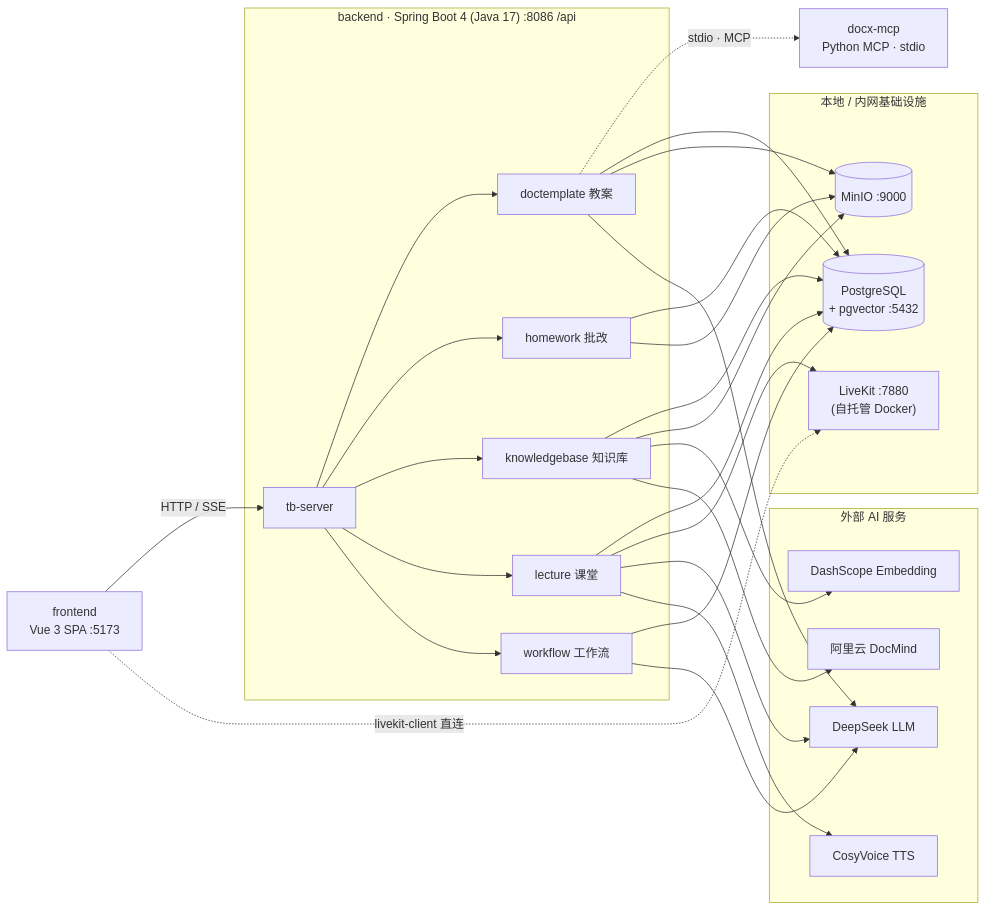
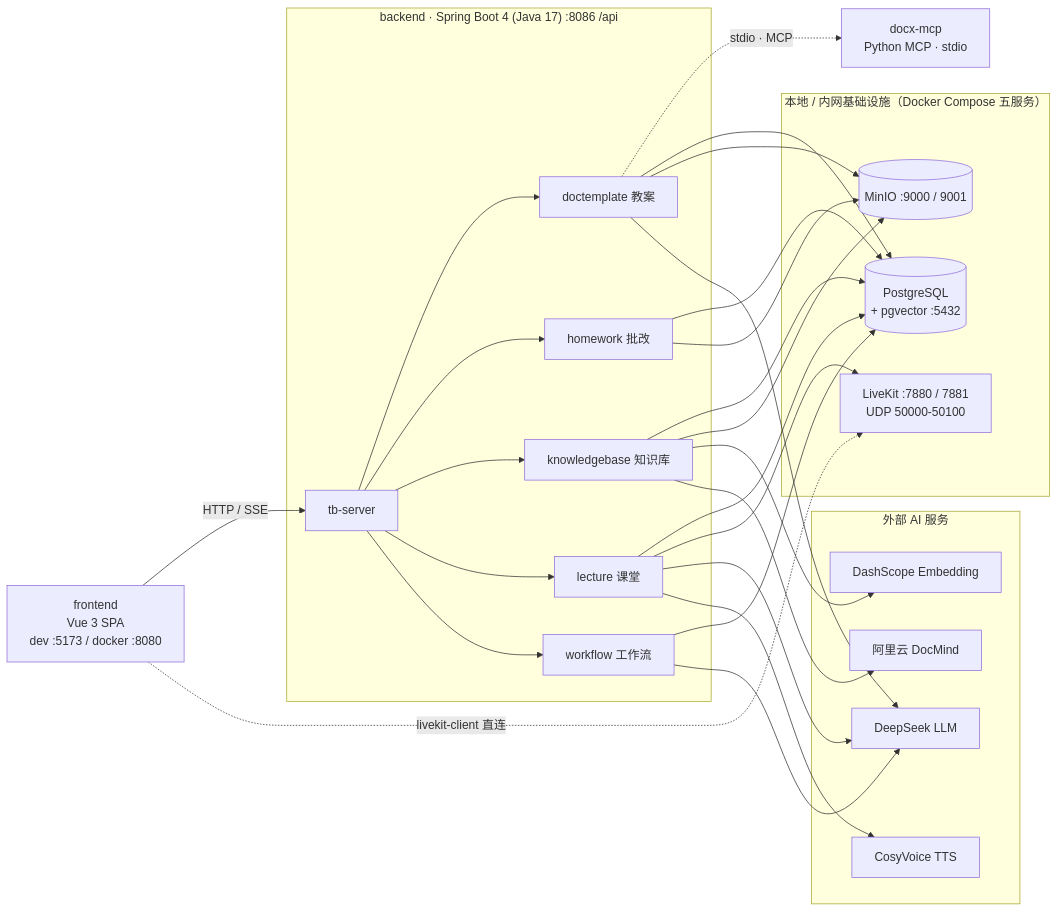
One commit to xu-1230/TrueBuddy changed the diagram in README.md. Above: the diagram before and after it, drawn with Mermaid. The commit also changed other lines of this file, not shown here.

````diff
--- a/README.md
+++ b/README.md
@@ -27,40 +27,40 @@
 ```mermaid
 flowchart LR
-    FE["frontend<br/>Vue 3 SPA :5173"]
+    FE["frontend<br/>Vue 3 SPA<br/>dev :5173 / docker :8080"]
 
     subgraph BE["backend · Spring Boot 4 (Java 17) :8086 /api"]
         SRV["tb-server"]
         M1["doctemplate 教案"]
         M2["homework 批改"]
         M3["knowledgebase 知识库"]
         M4["lecture 课堂"]
         M5["workflow 工作流"]
     end
 
     MCP["docx-mcp<br/>Python MCP · stdio"]
 
-    subgraph LOCAL["本地 / 内网基础设施"]
+    subgraph LOCAL["本地 / 内网基础设施（Docker Compose 五服务）"]
         PG[("PostgreSQL<br/>+ pgvector :5432")]
-        MO[("MinIO :9000")]
-        LK["LiveKit :7880<br/>(自托管 Docker)"]
+        MO[("MinIO :9000 / 9001")]
+        LK["LiveKit :7880 / 7881<br/>UDP 50000-50100"]
     end
 
     subgraph CLOUD["外部 AI 服务"]
         LLM["DeepSeek LLM"]
         EMB["DashScope Embedding"]
         TTS["CosyVoice TTS"]
         DM["阿里云 DocMind"]
     end
 
     FE -- "HTTP / SSE" --> SRV
     FE -. "livekit-client 直连" .-> LK
     SRV --> M1 & M2 & M3 & M4 & M5
     M1 -. "stdio · MCP" .-> MCP
     M1 & M2 & M3 & M4 & M5 --> PG
     M1 & M2 & M3 --> MO
     M4 --> LK
     M1 & M4 & M5 --> LLM
     M3 --> EMB
     M3 --> DM
     M4 --> TTS
 ```
````
